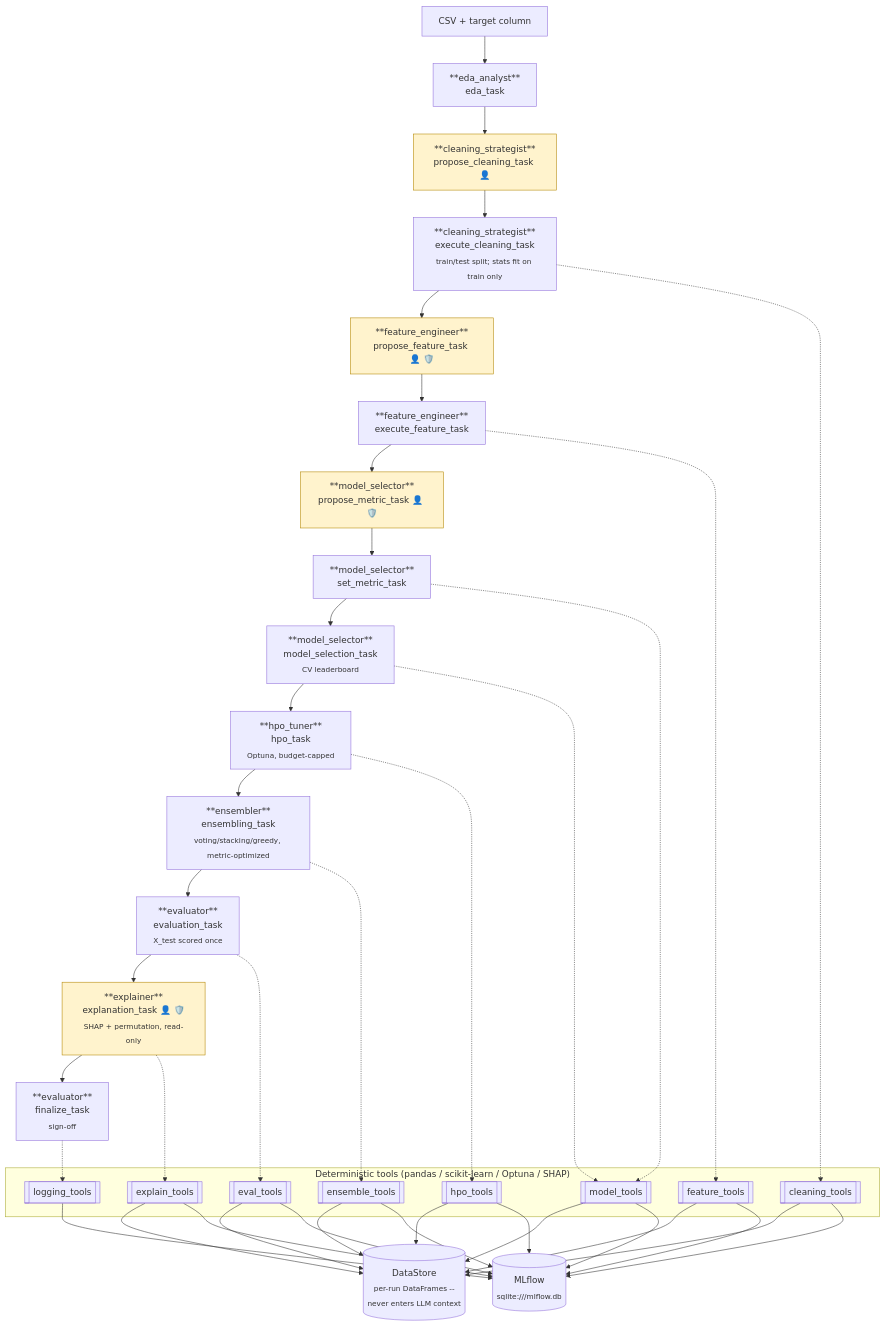
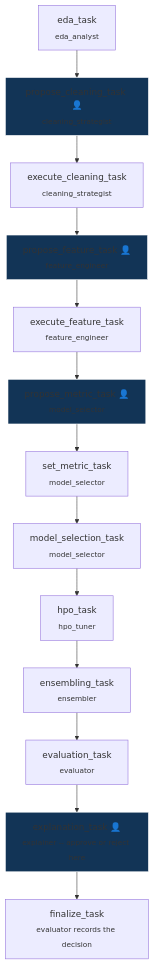
One commit to rushikeshdhumal/ml-agent-structured-data changed the diagram in README.md. Above: the diagram before and after it, drawn with Mermaid. The commit also changed other lines of this file, not shown here.

````diff
--- a/README.md
+++ b/README.md
@@ -162,49 +45,21 @@
 ```mermaid
 flowchart TD
-    CSV["CSV + target column"]
-    EDA["**eda_analyst**<br/>eda_task"]
-    PC["**cleaning_strategist**<br/>propose_cleaning_task 👤"]
-    EC["**cleaning_strategist**<br/>execute_cleaning_task<br/><sub>train/test split; stats fit on train only</sub>"]
-    PF["**feature_engineer**<br/>propose_feature_task 👤 🛡️"]
-    EF["**feature_engineer**<br/>execute_feature_task"]
-    PM["**model_selector**<br/>propose_metric_task 👤 🛡️"]
-    SM["**model_selector**<br/>set_metric_task"]
-    MS["**model_selector**<br/>model_selection_task<br/><sub>CV leaderboard</sub>"]
-    HPO["**hpo_tuner**<br/>hpo_task<br/><sub>Optuna, budget-capped</sub>"]
-    ENS["**ensembler**<br/>ensembling_task<br/><sub>voting/stacking/greedy, metric-optimized</sub>"]
-    EV["**evaluator**<br/>evaluation_task<br/><sub>X_test scored once</sub>"]
-    EX["**explainer**<br/>explanation_task 👤 🛡️<br/><sub>SHAP + permutation, read-only</sub>"]
-    FIN["**evaluator**<br/>finalize_task<br/><sub>sign-off</sub>"]
+    EDA["eda_task<br/><sub>eda_analyst</sub>"]
+    PC["propose_cleaning_task 👤<br/><sub>cleaning_strategist</sub>"]
+    EC["execute_cleaning_task<br/><sub>cleaning_strategist</sub>"]
+    PF["propose_feature_task 👤<br/><sub>feature_engineer</sub>"]
+    EF["execute_feature_task<br/><sub>feature_engineer</sub>"]
+    PM["propose_metric_task 👤<br/><sub>model_selector</sub>"]
+    SM["set_metric_task<br/><sub>model_selector</sub>"]
+    MS["model_selection_task<br/><sub>model_selector</sub>"]
+    HPO["hpo_task<br/><sub>hpo_tuner</sub>"]
+    ENS["ensembling_task<br/><sub>ensembler</sub>"]
+    EV["evaluation_task<br/><sub>evaluator</sub>"]
+    EX["explanation_task 👤<br/><sub>explainer -- approve or reject here</sub>"]
+    FIN["finalize_task<br/><sub>evaluator records the decision</sub>"]
 
-    CSV --> EDA --> PC --> EC --> PF --> EF --> PM --> SM --> MS --> HPO --> ENS --> EV --> EX --> FIN
+    EDA --> PC --> EC --> PF --> EF --> PM --> SM --> MS --> HPO --> ENS --> EV --> EX --> FIN
 
-    subgraph Tools["Deterministic tools (pandas / scikit-learn / Optuna / SHAP)"]
-        T1[[cleaning_tools]]
-        T2[[feature_tools]]
-        T3[[model_tools]]
-        T4[[hpo_tools]]
-        T7[[ensemble_tools]]
-        T5[[eval_tools]]
-        T8[[explain_tools]]
-        T6[[logging_tools]]
-    end
-
-    EC -.-> T1
-    EF -.-> T2
-    SM -.-> T3
-    MS -.-> T3
-    HPO -.-> T4
-    ENS -.-> T7
-    EV -.-> T5
-    EX -.-> T8
-    FIN -.-> T6
-
-    DS[("DataStore<br/><sub>per-run DataFrames --<br/>never enters LLM context</sub>")]
-    MLF[("MLflow<br/><sub>sqlite:///mlflow.db</sub>")]
-
-    T1 & T2 & T3 & T4 & T7 & T5 & T8 --> DS
-    T1 & T2 & T3 & T4 & T7 & T5 & T8 & T6 --> MLF
-
-    classDef gate fill:#fff3cd,stroke:#b38600
+    classDef gate fill:#123456,stroke:#ffffff
     class PC,PF,PM,EX gate
 ```
````
